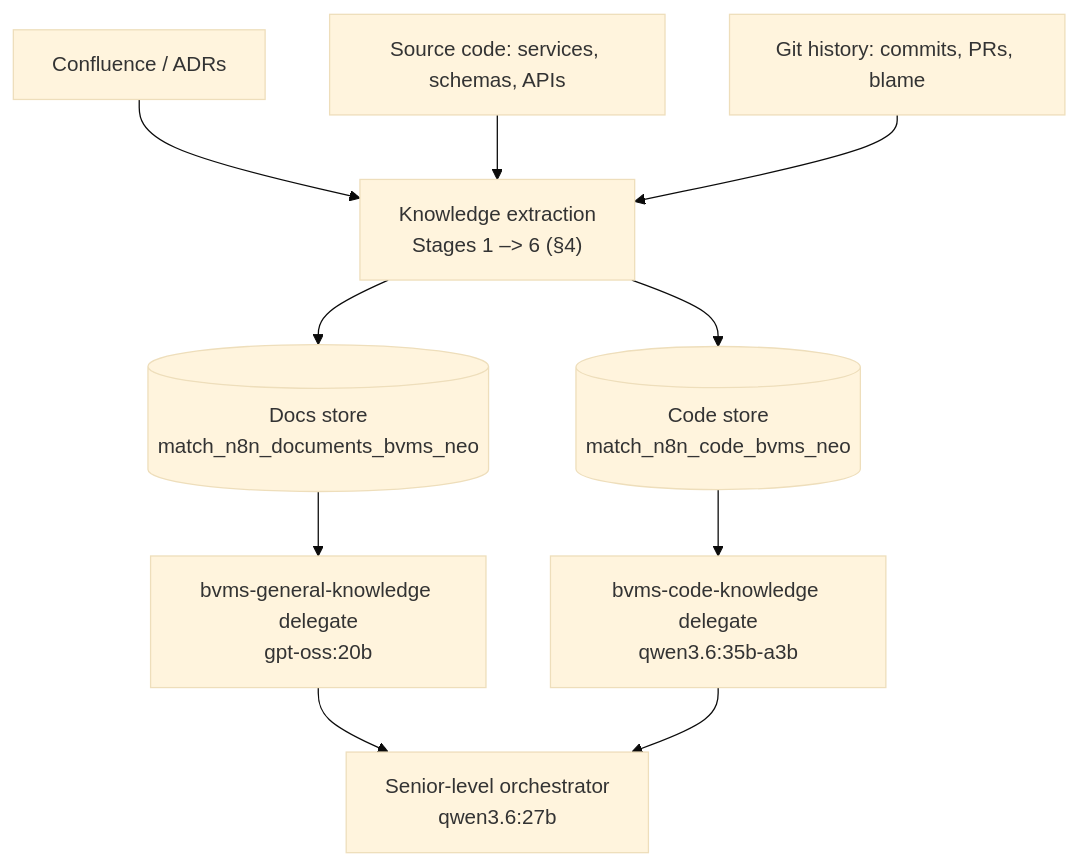
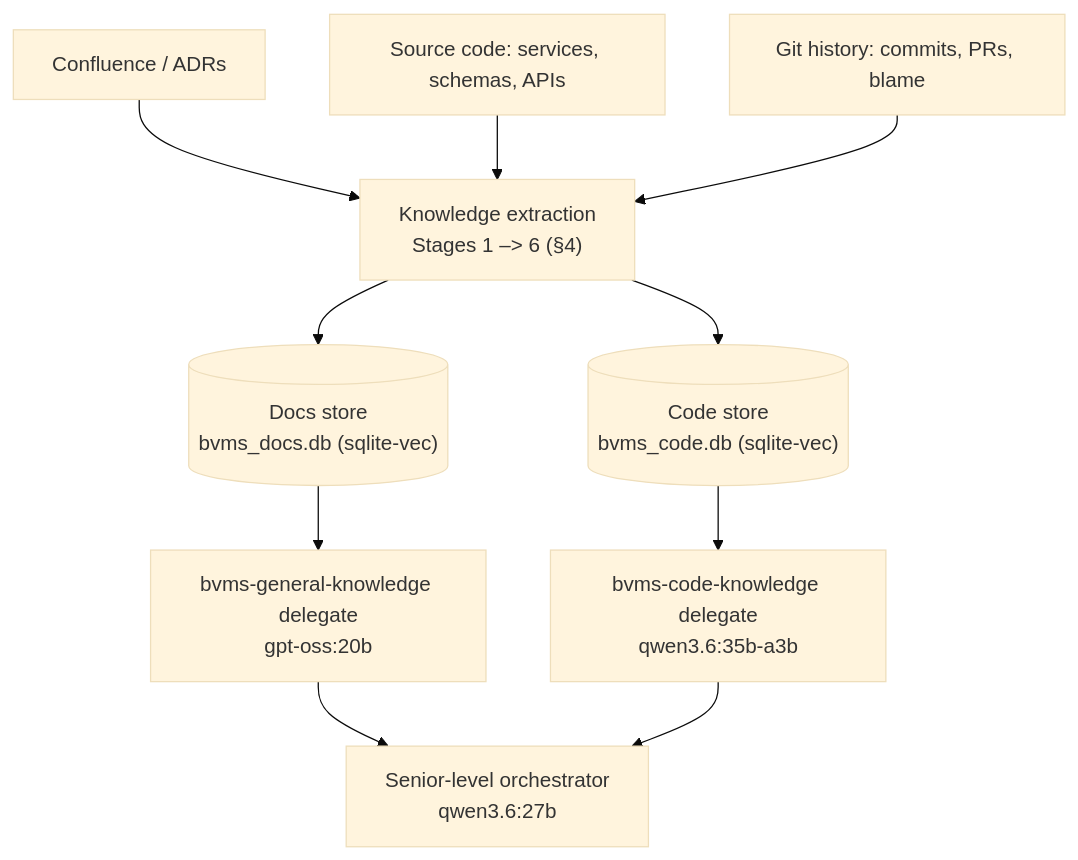
Before and after one commit to NguyenPhamCode4You/ai-home-lab-docker-compose: the diagram in ai-c4y/planning/design-principle.md, drawn with Mermaid (base theme). The commit also changed other lines of this file and 2 other files, not shown here.

````diff
--- a/ai-c4y/planning/design-principle.md
+++ b/ai-c4y/planning/design-principle.md
@@ -42,13 +42,13 @@
 ```mermaid
 flowchart TB
     A1[Confluence / ADRs] --> B
     A2[Source code: services, schemas, APIs] --> B
     A3[Git history: commits, PRs, blame] --> B
     B["Knowledge extraction<br/> Stages 1 –> 6 (§4)"]
-    B --> S1[("Docs store<br/>match_n8n_documents_bvms_neo")]
-    B --> S2[("Code store<br/>match_n8n_code_bvms_neo")]
+    B --> S1[("Docs store<br/>bvms_docs.db (sqlite-vec)")]
+    B --> S2[("Code store<br/>bvms_code.db (sqlite-vec)")]
     S1 --> B1["bvms-general-knowledge delegate<br/>gpt-oss:20b"]
     S2 --> B2["bvms-code-knowledge delegate<br/>qwen3.6:35b-a3b"]
     B1 --> ANS[Senior-level orchestrator<br/>qwen3.6:27b]
     B2 --> ANS
 ```
````
